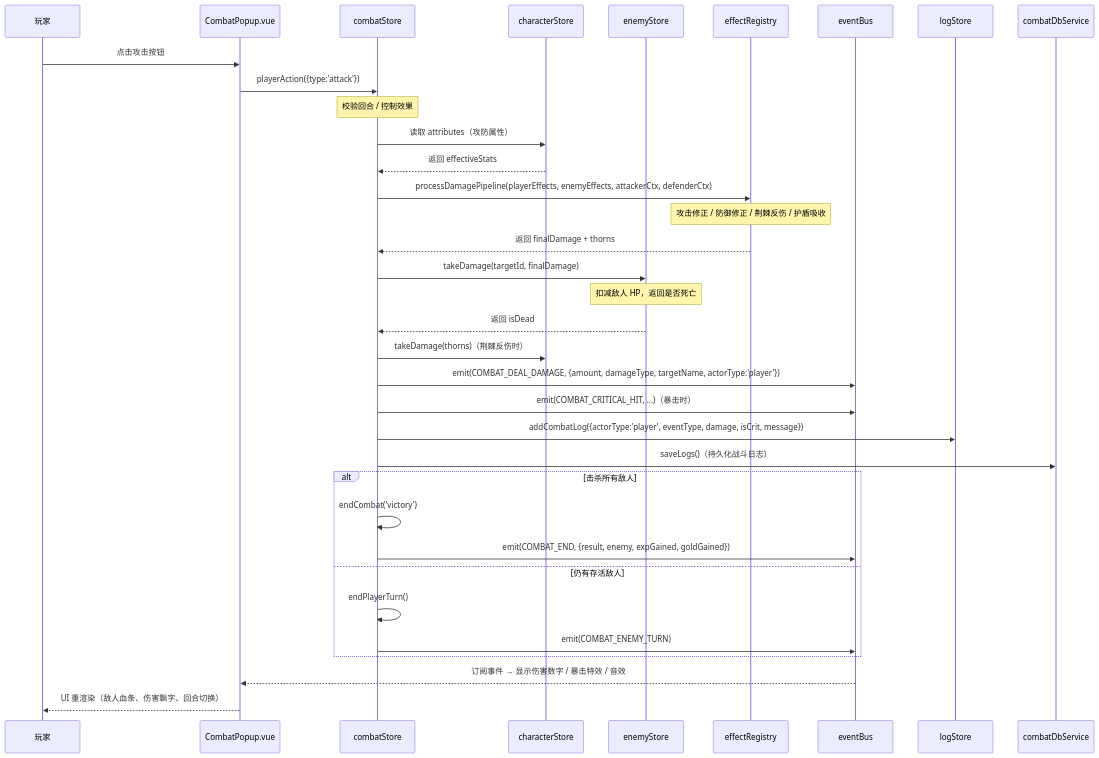
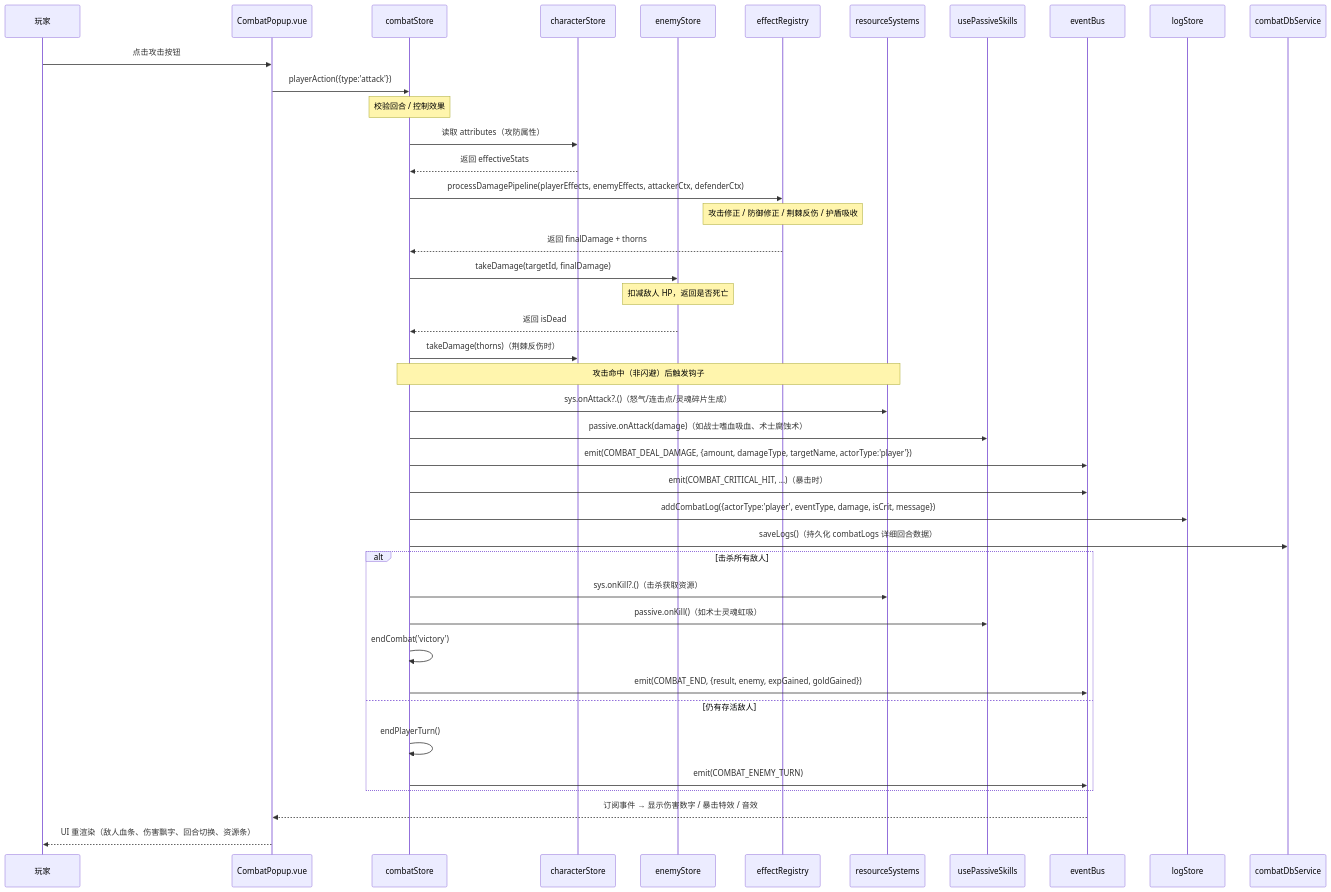
The second of 16 diagrams in doc/project/DATA_FLOW.md (SonDemigods/wow_dnd), drawn with Mermaid before and after one commit. The commit also changed other lines of this file and 5 other files, not shown here.

````diff
--- a/doc/project/DATA_FLOW.md
+++ b/doc/project/DATA_FLOW.md
@@ -60,39 +73,46 @@
 ```mermaid
 sequenceDiagram
     %% 战斗攻击流程：从点击到 UI 重渲染
     participant U as 玩家
     participant C as CombatPopup.vue
     participant CS as combatStore
     participant CharS as characterStore
     participant ES as enemyStore
     participant ER as effectRegistry
+    participant RS as resourceSystems
+    participant PS as usePassiveSkills
     participant Bus as eventBus
     participant LS as logStore
     participant DB as combatDbService
 
     U->>C: 点击攻击按钮
     C->>CS: playerAction({type:'attack'})
     Note over CS: 校验回合 / 控制效果
     CS->>CharS: 读取 attributes（攻防属性）
     CharS-->>CS: 返回 effectiveStats
     CS->>ER: processDamagePipeline(playerEffects, enemyEffects, attackerCtx, defenderCtx)
     Note over ER: 攻击修正 / 防御修正 / 荆棘反伤 / 护盾吸收
     ER-->>CS: 返回 finalDamage + thorns
     CS->>ES: takeDamage(targetId, finalDamage)
     Note over ES: 扣减敌人 HP，返回是否死亡
     ES-->>CS: 返回 isDead
     CS->>CharS: takeDamage(thorns)（荆棘反伤时）
+    Note over CS,RS: 攻击命中（非闪避）后触发钩子
+    CS->>RS: sys.onAttack?.()（怒气/连击点/灵魂碎片生成）
+    CS->>PS: passive.onAttack(damage)（如战士嗜血吸血、术士腐蚀术）
     CS->>Bus: emit(COMBAT_DEAL_DAMAGE, {amount, damageType, targetName, actorType:'player'})
     CS->>Bus: emit(COMBAT_CRITICAL_HIT, ...)（暴击时）
     CS->>LS: addCombatLog({actorType:'player', eventType, damage, isCrit, message})
-    CS->>DB: saveLogs()（持久化战斗日志）
+    CS->>DB: saveLogs()（持久化 combatLogs 详细回合数据）
     alt 击杀所有敌人
+        CS->>RS: sys.onKill?.()（击杀获取资源）
+        CS->>PS: passive.onKill()（如术士灵魂虹吸）
         CS->>CS: endCombat('victory')
         CS->>Bus: emit(COMBAT_END, {result, enemy, expGained, goldGained})
     else 仍有存活敌人
         CS->>CS: endPlayerTurn()
         CS->>Bus: emit(COMBAT_ENEMY_TURN)
     end
     Bus-->>C: 订阅事件 → 显示伤害数字 / 暴击特效 / 音效
-    C-->>U: UI 重渲染（敌人血条、伤害飘字、回合切换）
+    C-->>U: UI 重渲染（敌人血条、伤害飘字、回合切换、资源条）
 ```
````
